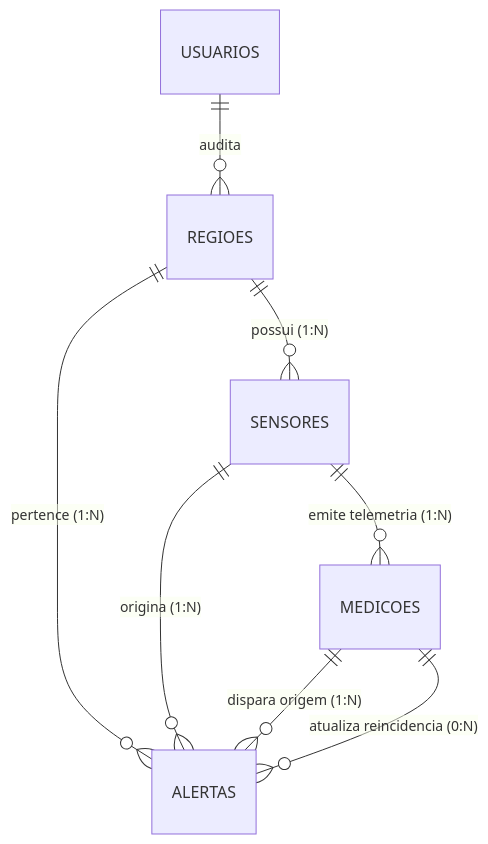
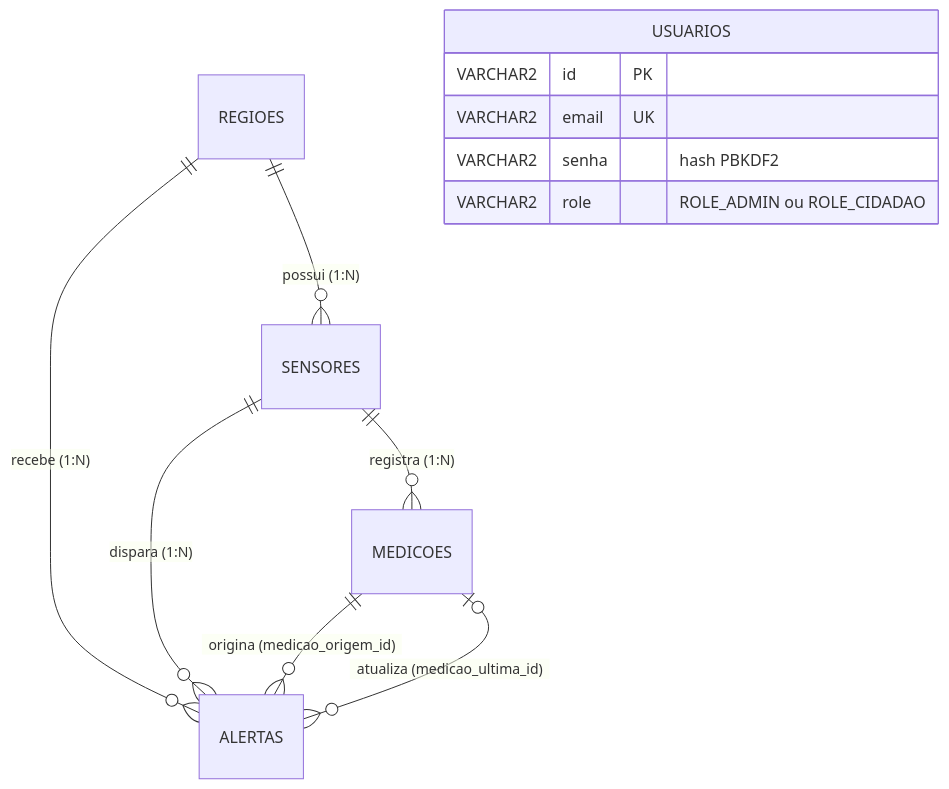
One commit to GuiSaccomani/AlertaJA changed the second of 2 diagrams in README.md. Above: the diagram before and after it, drawn with Mermaid. The commit also changed other lines of this file and 204 other files, not shown here.

````diff
--- a/README.md
+++ b/README.md
@@ -72,10 +86,15 @@
 ```mermaid
 erDiagram
-    USUARIOS ||--o{ REGIOES : "audita"
     REGIOES ||--o{ SENSORES : "possui (1:N)"
-    REGIOES ||--o{ ALERTAS : "pertence (1:N)"
-    SENSORES ||--o{ MEDICOES : "emite telemetria (1:N)"
-    SENSORES ||--o{ ALERTAS : "origina (1:N)"
-    MEDICOES ||--o{ ALERTAS : "dispara origem (1:N)"
-    MEDICOES ||--o{ ALERTAS : "atualiza reincidencia (0:N)"
+    REGIOES ||--o{ ALERTAS : "recebe (1:N)"
+    SENSORES ||--o{ MEDICOES : "registra (1:N)"
+    SENSORES ||--o{ ALERTAS : "dispara (1:N)"
+    MEDICOES ||--o{ ALERTAS : "origina (medicao_origem_id)"
+    MEDICOES |o--o{ ALERTAS : "atualiza (medicao_ultima_id)"
+    USUARIOS {
+        VARCHAR2 id PK
+        VARCHAR2 email UK
+        VARCHAR2 senha "hash PBKDF2"
+        VARCHAR2 role "ROLE_ADMIN ou ROLE_CIDADAO"
+    }
 ```
````
